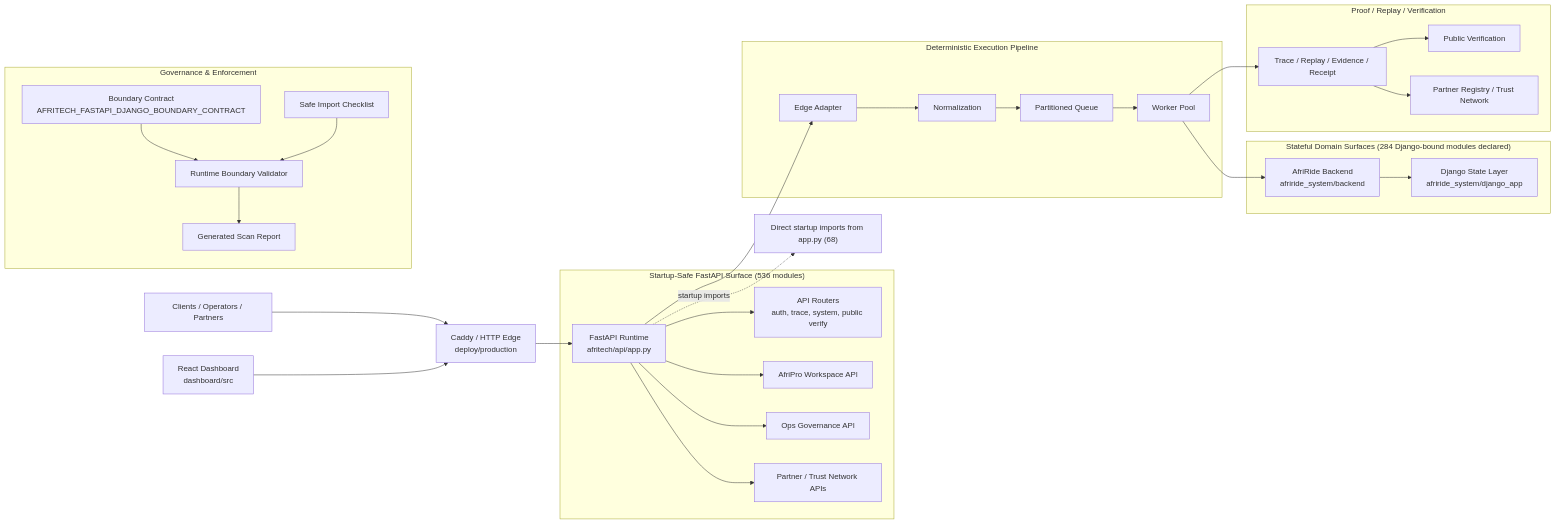
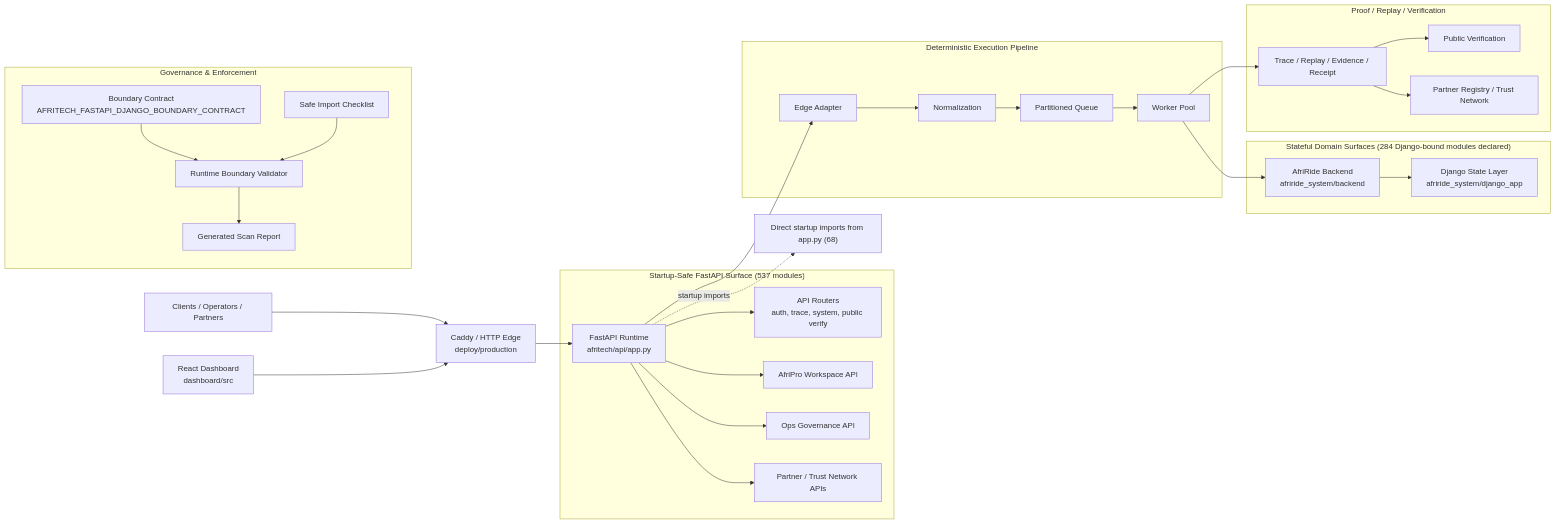
Before and after one commit to Strelly2023/afritelematics: the first of 2 diagrams in docs/architecture/AFRITECH_FULL_ARCHITECTURE_GRAPH.md, drawn with Mermaid. The commit also changed other lines of this file and 10 other files, not shown here.

````diff
--- a/docs/architecture/AFRITECH_FULL_ARCHITECTURE_GRAPH.md
+++ b/docs/architecture/AFRITECH_FULL_ARCHITECTURE_GRAPH.md
@@ -22,39 +22,39 @@
 ```mermaid
 flowchart LR
     Client["Clients / Operators / Partners"] --> Edge["Caddy / HTTP Edge\ndeploy/production"]
     Dashboard["React Dashboard\ndashboard/src"] --> Edge
     Edge --> App["FastAPI Runtime\nafritech/api/app.py"]
 
-    subgraph FastAPI["Startup-Safe FastAPI Surface (536 modules)"]
+    subgraph FastAPI["Startup-Safe FastAPI Surface (537 modules)"]
         App --> Api["API Routers\nauth, trace, system, public verify"]
         App --> Workspace["AfriPro Workspace API"]
         App --> Governance["Ops Governance API"]
         App --> Trust["Partner / Trust Network APIs"]
     end
 
     subgraph Pipeline["Deterministic Execution Pipeline"]
         App --> Adapt["Edge Adapter"]
         Adapt --> Normalize["Normalization"]
         Normalize --> Queue["Partitioned Queue"]
         Queue --> Worker["Worker Pool"]
     end
 
     subgraph State["Stateful Domain Surfaces (284 Django-bound modules declared)"]
         Worker --> Domain["AfriRide Backend\nafriride_system/backend"]
         Domain --> Django["Django State Layer\nafriride_system/django_app"]
     end
 
     subgraph Proof["Proof / Replay / Verification"]
         Worker --> Trace["Trace / Replay / Evidence / Receipt"]
         Trace --> Public["Public Verification"]
         Trace --> Registry["Partner Registry / Trust Network"]
     end
 
     subgraph GovernancePlane["Governance & Enforcement"]
         Contract["Boundary Contract\nAFRITECH_FASTAPI_DJANGO_BOUNDARY_CONTRACT"] --> Validator["Runtime Boundary Validator"]
         Checklist["Safe Import Checklist"] --> Validator
         Validator --> Review["Generated Scan Report"]
     end
 
     App -. startup imports .-> Imports["Direct startup imports from app.py (68)"]
 ```
````
